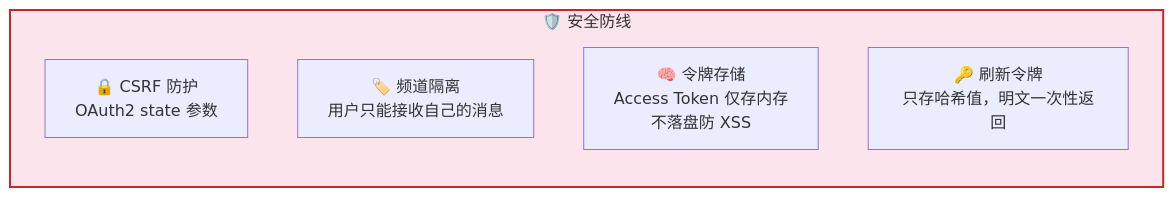
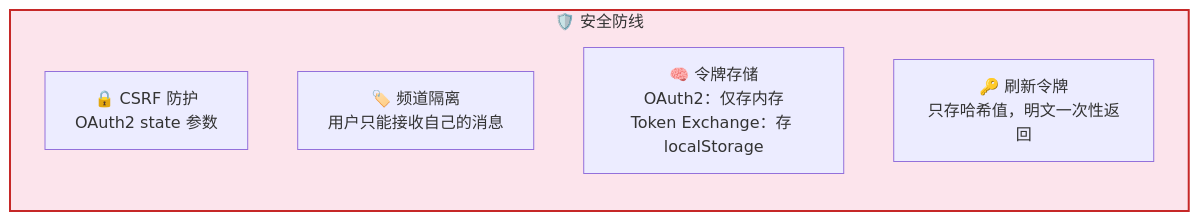
Before and after one commit to rtc-agent/docs: the eighth of 9 diagrams in src/content/docs/integration/auth.md, drawn with Mermaid. The commit also changed other lines of this file and 20 other files, not shown here.

First line of the commit message:
docs: sync with server/web-components changes (admin-server, token exchange, file upload, metrics)

````diff
--- a/src/content/docs/integration/auth.md
+++ b/src/content/docs/integration/auth.md
@@ -214,12 +214,12 @@
 ```mermaid
 flowchart TD
     subgraph SECURITY["🛡️ 安全防线"]
         direction TB
         A["🔒 CSRF 防护<br/>OAuth2 state 参数"]
         B["🏷️ 频道隔离<br/>用户只能接收自己的消息"]
-        C["🧠 令牌存储<br/>Access Token 仅存内存<br/>不落盘防 XSS"]
+        C["🧠 令牌存储<br/>OAuth2：仅存内存<br/>Token Exchange：存 localStorage"]
         D["🔑 刷新令牌<br/>只存哈希值，明文一次性返回"]
     end
 
     style SECURITY fill:#fce4ec,stroke:#c62828,stroke-width:2px
 ```
````
